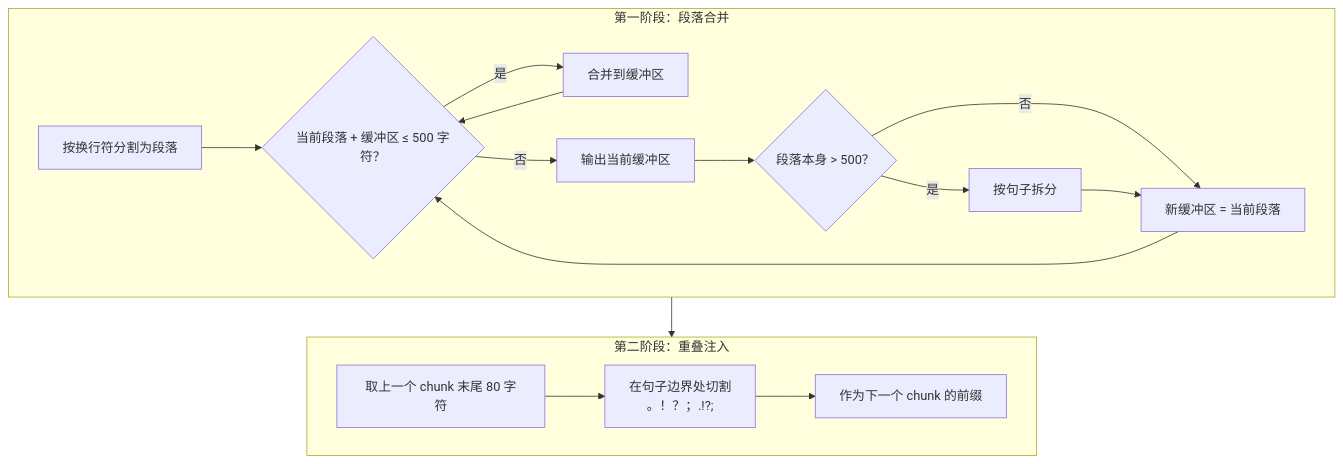
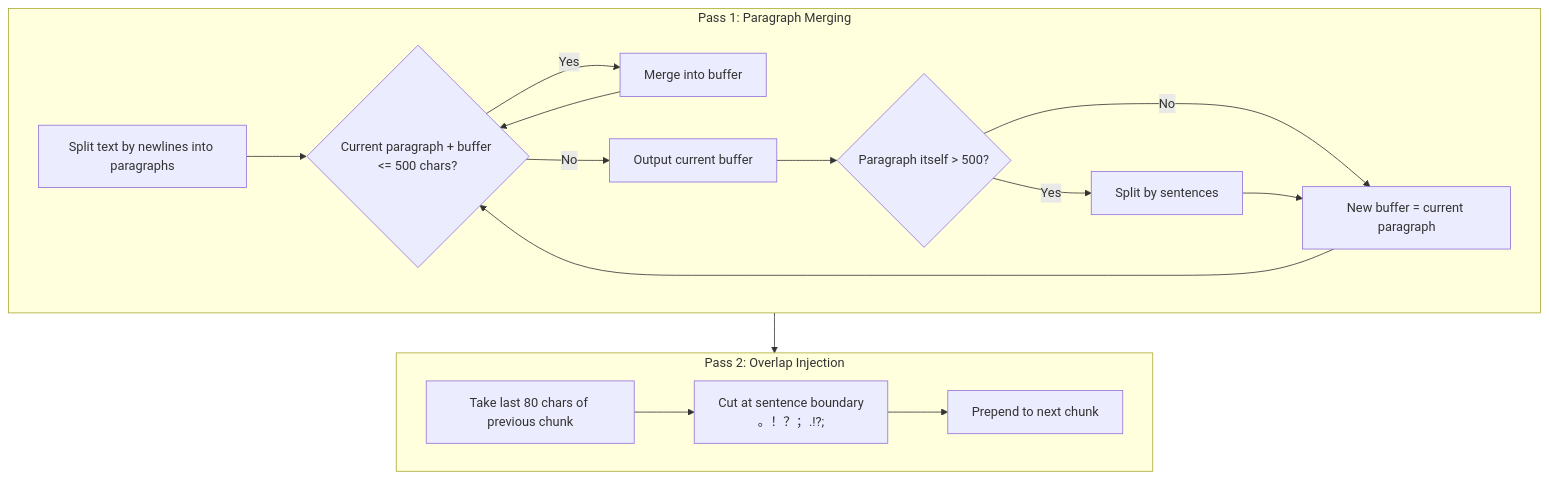
Before and after one commit to XUranus/dungeon: the third of 4 diagrams in docs/docs/rag/embedding.mdx, drawn with Mermaid. The commit also changed other lines of this file and 75 other files, not shown here.

````diff
--- a/docs/docs/rag/embedding.mdx
+++ b/docs/docs/rag/embedding.mdx
@@ -187,21 +188,21 @@
 ```mermaid
 flowchart TB
-    subgraph Pass1["第一阶段：段落合并"]
-        A["按换行符分割为段落"] --> B{"当前段落 + 缓冲区 ≤ 500 字符？"}
-        B -->|是| C["合并到缓冲区"]
+    subgraph Pass1["Pass 1: Paragraph Merging"]
+        A["Split text by newlines into paragraphs"] --> B{"Current paragraph + buffer <= 500 chars?"}
+        B -->|Yes| C["Merge into buffer"]
         C --> B
-        B -->|否| D["输出当前缓冲区"]
-        D --> E{"段落本身 > 500？"}
-        E -->|是| F["按句子拆分"]
-        E -->|否| G["新缓冲区 = 当前段落"]
+        B -->|No| D["Output current buffer"]
+        D --> E{"Paragraph itself > 500?"}
+        E -->|Yes| F["Split by sentences"]
+        E -->|No| G["New buffer = current paragraph"]
         F --> G
         G --> B
     end
 
-    subgraph Pass2["第二阶段：重叠注入"]
-        H["取上一个 chunk 末尾 80 字符"] --> I["在句子边界处切割\n。！？；.!?;"]
-        I --> J["作为下一个 chunk 的前缀"]
+    subgraph Pass2["Pass 2: Overlap Injection"]
+        H["Take last 80 chars of previous chunk"] --> I["Cut at sentence boundary\n。！？；.!?;"]
+        I --> J["Prepend to next chunk"]
     end
 
     Pass1 --> Pass2
 ```
````
